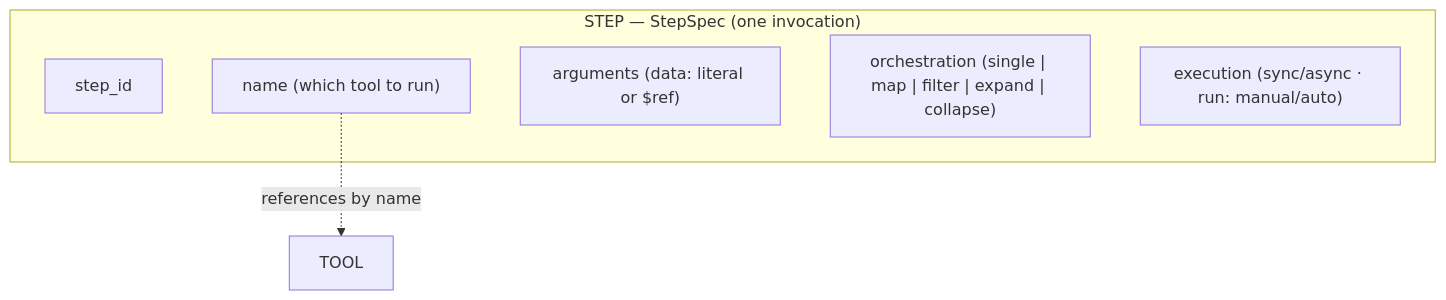
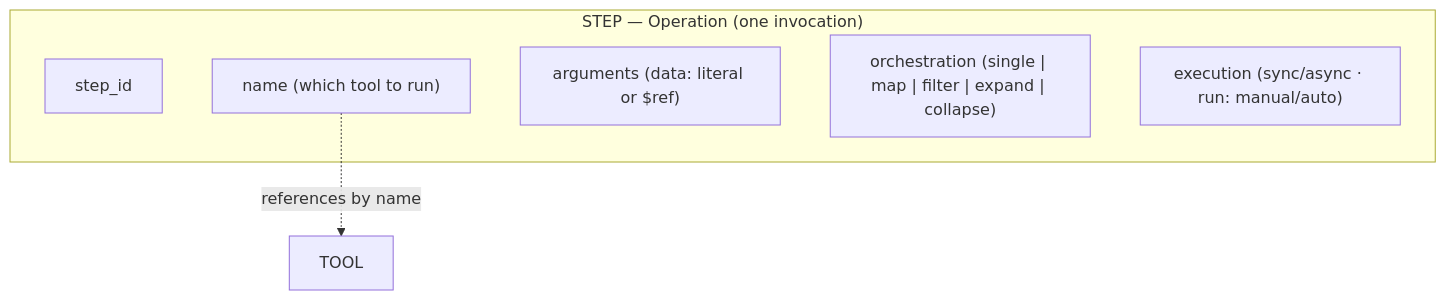
Before and after one commit to stusynakowski/simple-steps-core: the third of 7 diagrams in docs/how-it-works.md, drawn with Mermaid. The commit also changed other lines of this file and 47 other files, not shown here.

````diff
--- a/docs/how-it-works.md
+++ b/docs/how-it-works.md
@@ -186,11 +189,11 @@
 ```mermaid
 flowchart TB
-    subgraph Step["STEP — StepSpec (one invocation)"]
+    subgraph Step["STEP — Operation (one invocation)"]
         SID["step_id"]
         NM["name (which tool to run)"]
         AR["arguments (data: literal or $ref)"]
         OR["orchestration (single | map | filter | expand | collapse)"]
         EX["execution (sync/async · run: manual/auto)"]
     end
     NM -.->|references by name| Tool["TOOL"]
 ```
````
